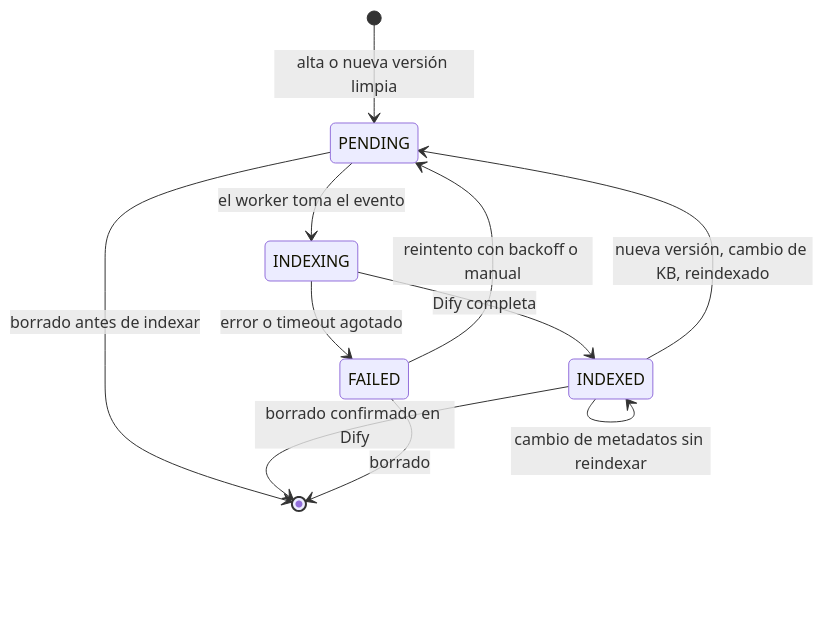
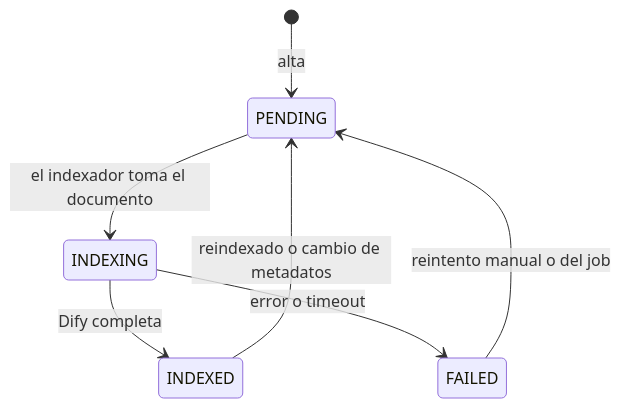
The second of 2 diagrams in docs/architecture/05-document-pipeline.md (pedroamas/segur_plus), drawn with Mermaid before and after one commit. The commit also changed other lines of this file and 14 other files, not shown here.

````diff
--- a/docs/architecture/05-document-pipeline.md
+++ b/docs/architecture/05-document-pipeline.md
@@ -44,13 +37,9 @@
 ```mermaid
 stateDiagram-v2
-  [*] --> PENDING: alta o nueva versión limpia
-  PENDING --> INDEXING: el worker toma el evento
+  [*] --> PENDING: alta
+  PENDING --> INDEXING: el indexador toma el documento
   INDEXING --> INDEXED: Dify completa
-  INDEXING --> FAILED: error o timeout agotado
-  FAILED --> PENDING: reintento con backoff o manual
-  INDEXED --> PENDING: nueva versión, cambio de KB, reindexado
-  INDEXED --> INDEXED: cambio de metadatos sin reindexar
-  PENDING --> [*]: borrado antes de indexar
-  INDEXED --> [*]: borrado confirmado en Dify
-  FAILED --> [*]: borrado
+  INDEXING --> FAILED: error o timeout
+  FAILED --> PENDING: reintento manual o del job
+  INDEXED --> PENDING: reindexado o cambio de metadatos
 ```
````
